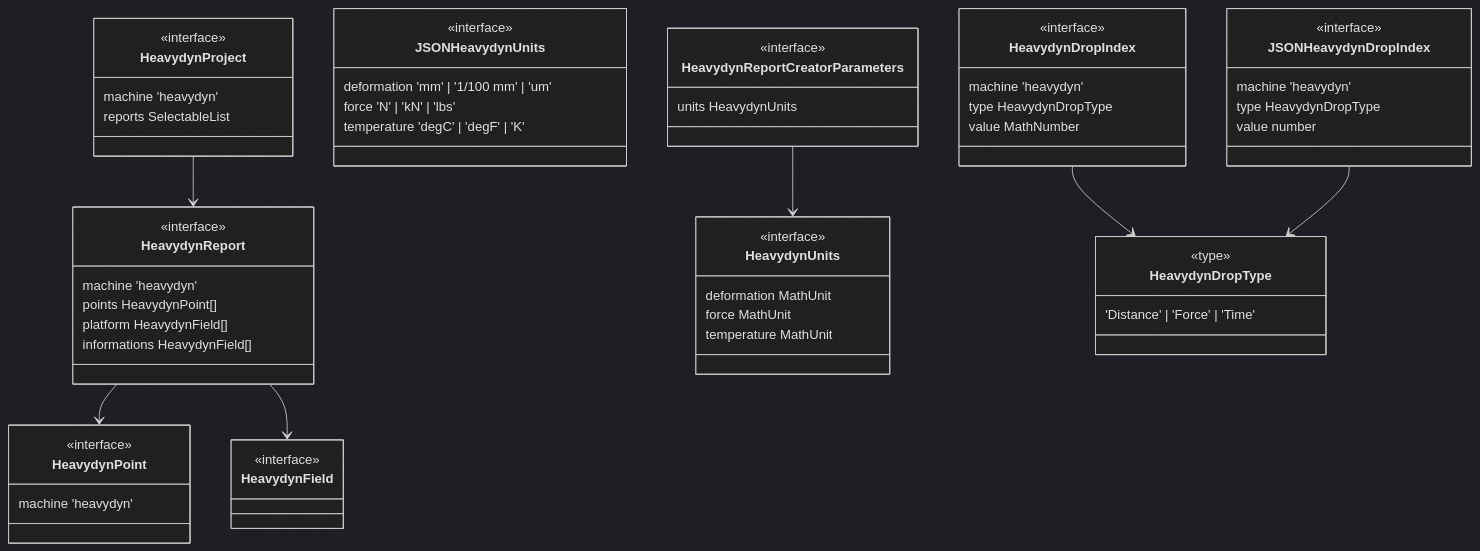
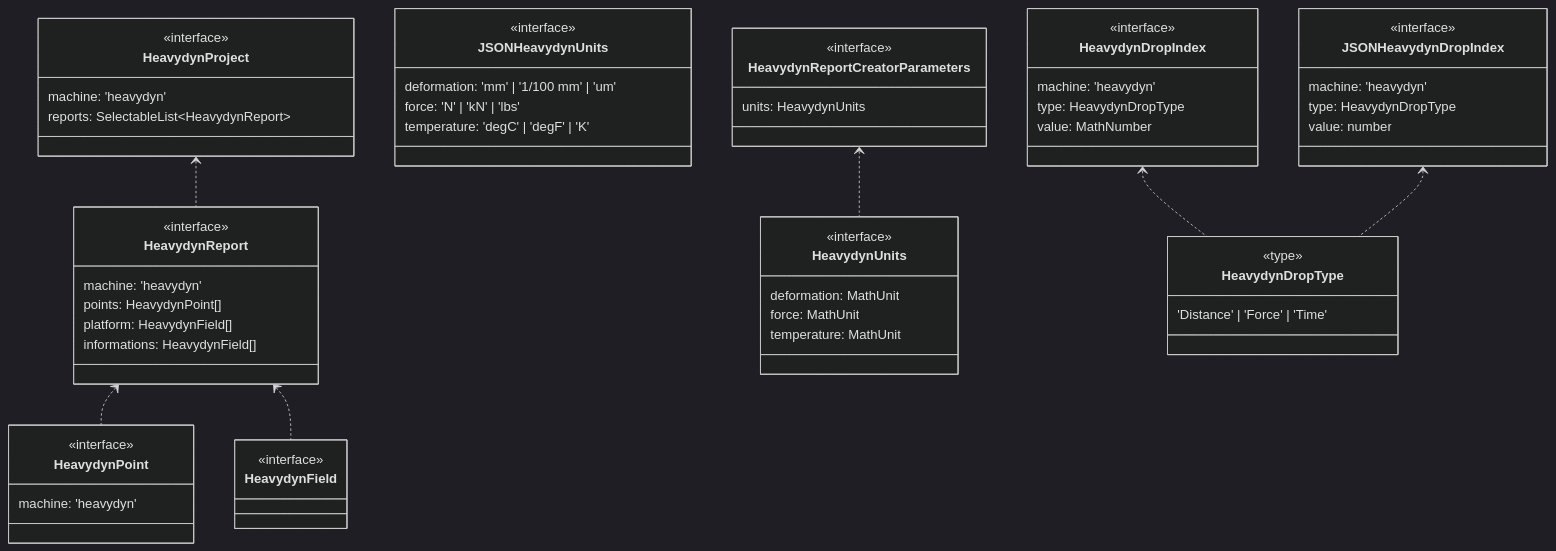
One commit to gawlk/mapview changed the diagram in mermaid/onlyHeavydyn/types.mmd. Above: the diagram before and after it, drawn with Mermaid (dark theme). The commit also changed other lines of this file and 67 other files, not shown here.

Commit message:
mermaid: done

```diff
--- a/mermaid/onlyHeavydyn/types.mmd
+++ b/mermaid/onlyHeavydyn/types.mmd
@@ -1,73 +1,82 @@
 classDiagram
 class HeavydynField {
   <<interface>>
 
 }
 
 
+
 class HeavydynPoint {
   <<interface>>
-  machine 'heavydyn'
+  machine: 'heavydyn'
 }
+
 
 
 class HeavydynProject {
   <<interface>>
-  machine 'heavydyn'
-  reports SelectableList<HeavydynReport>
+  machine: 'heavydyn'
+  reports: SelectableList#60;HeavydynReport#62;
 }
-HeavydynProject --> HeavydynReport
+HeavydynProject <.. HeavydynReport
+
 
 class HeavydynUnits {
   <<interface>>
-  deformation MathUnit
-  force MathUnit
-  temperature MathUnit
+  deformation: MathUnit
+  force: MathUnit
+  temperature: MathUnit
 }
+
 
 
 class JSONHeavydynUnits {
   <<interface>>
-  deformation 'mm' | '1/100 mm' | 'um'
-  force 'N' | 'kN' | 'lbs'
-  temperature 'degC' | 'degF' | 'K'
+  deformation: 'mm' | '1/100 mm' | 'um'
+  force: 'N' | 'kN' | 'lbs'
+  temperature: 'degC' | 'degF' | 'K'
 }
+
 
 
 class HeavydynReport {
   <<interface>>
-  machine 'heavydyn'
-  points HeavydynPoint[]
-  platform HeavydynField[]
-  informations HeavydynField[]
+  machine: 'heavydyn'
+  points: HeavydynPoint[]
+  platform: HeavydynField[]
+  informations: HeavydynField[]
 }
-HeavydynReport --> HeavydynPoint
-HeavydynReport --> HeavydynField
+HeavydynReport <.. HeavydynPoint
+HeavydynReport <.. HeavydynField
+
 
 class HeavydynReportCreatorParameters {
   <<interface>>
-  units HeavydynUnits
+  units: HeavydynUnits
 }
-HeavydynReportCreatorParameters --> HeavydynUnits
+HeavydynReportCreatorParameters <.. HeavydynUnits
+
 
 class HeavydynDropType {
   <<type>>
   'Distance' | 'Force' | 'Time'
 }
 
 
+
 class HeavydynDropIndex {
   <<interface>>
-  machine 'heavydyn'
-  type HeavydynDropType
-  value MathNumber
+  machine: 'heavydyn'
+  type: HeavydynDropType
+  value: MathNumber
 }
-HeavydynDropIndex --> HeavydynDropType
+HeavydynDropIndex <.. HeavydynDropType
+
 
 class JSONHeavydynDropIndex {
   <<interface>>
-  machine 'heavydyn'
-  type HeavydynDropType
-  value number
+  machine: 'heavydyn'
+  type: HeavydynDropType
+  value: number
 }
-JSONHeavydynDropIndex --> HeavydynDropType
+JSONHeavydynDropIndex <.. HeavydynDropType
```
